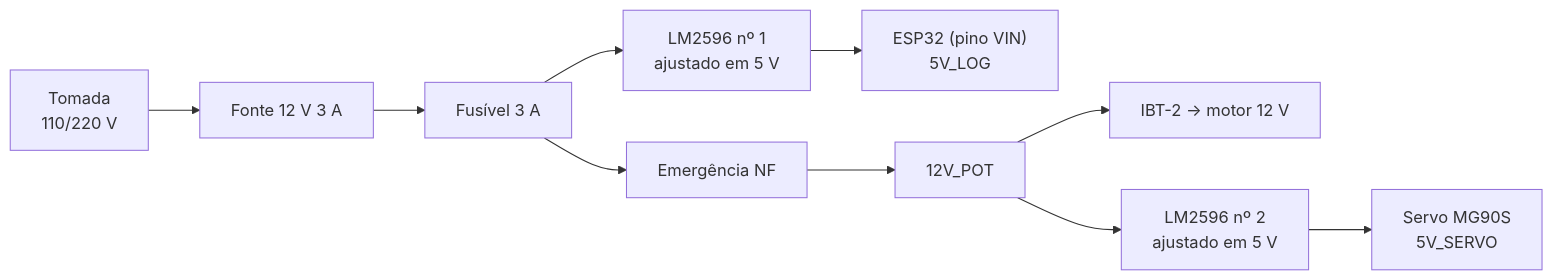
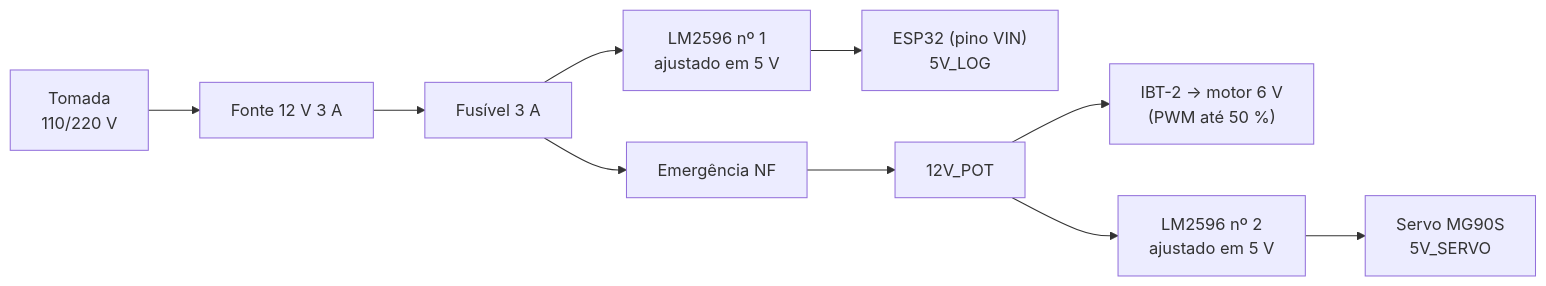
Before and after one commit to raimundogabriel/projeto-bateria-gravitacional: the diagram in MVP_FABLAB/DIY/05_lista_compras_eletronica.md, drawn with Mermaid. The commit also changed other lines of this file and 23 other files, not shown here.

````diff
--- a/MVP_FABLAB/DIY/05_lista_compras_eletronica.md
+++ b/MVP_FABLAB/DIY/05_lista_compras_eletronica.md
@@ -12,12 +12,12 @@
 ```mermaid
 flowchart LR
     T["Tomada<br/>110/220 V"] --> PSU["Fonte 12 V 3 A"]
     PSU --> F["Fusível 3 A"]
     F --> B1["LM2596 nº 1<br/>ajustado em 5 V"]
     B1 --> ESP["ESP32 (pino VIN)<br/>5V_LOG"]
     F --> EM["Emergência NF"]
     EM --> POT["12V_POT"]
-    POT --> IBT["IBT-2 → motor 12 V"]
+    POT --> IBT["IBT-2 → motor 6 V<br/>(PWM até 50 %)"]
     POT --> B2["LM2596 nº 2<br/>ajustado em 5 V"]
     B2 --> SERVO["Servo MG90S<br/>5V_SERVO"]
 ```
````
